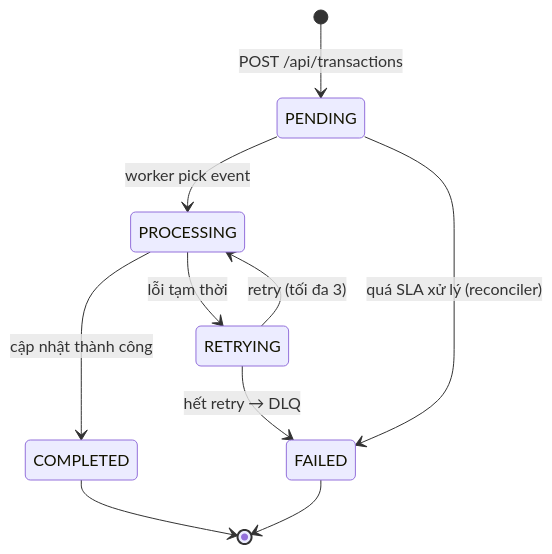
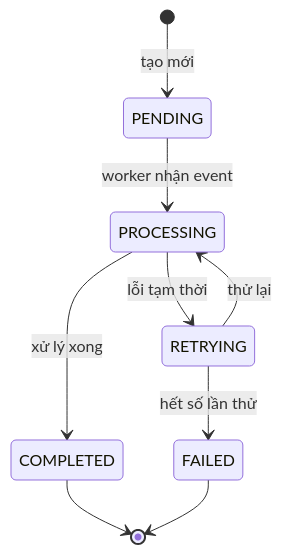
The sixth of 7 diagrams in phase-0.md (tomnphc/devopslab), drawn with Mermaid before and after one commit. The commit also changed other lines of this file, not shown here.

````diff
--- a/phase-0.md
+++ b/phase-0.md
@@ -404,12 +252,11 @@
 ```mermaid
 stateDiagram-v2
-  [*] --> PENDING: POST /api/transactions
-  PENDING --> PROCESSING: worker pick event
-  PROCESSING --> COMPLETED: cập nhật thành công
+  [*] --> PENDING: tạo mới
+  PENDING --> PROCESSING: worker nhận event
+  PROCESSING --> COMPLETED: xử lý xong
   PROCESSING --> RETRYING: lỗi tạm thời
-  RETRYING --> PROCESSING: retry (tối đa 3)
-  RETRYING --> FAILED: hết retry → DLQ
-  PENDING --> FAILED: quá SLA xử lý (reconciler)
+  RETRYING --> PROCESSING: thử lại
+  RETRYING --> FAILED: hết số lần thử
   COMPLETED --> [*]
   FAILED --> [*]
 ```
````
